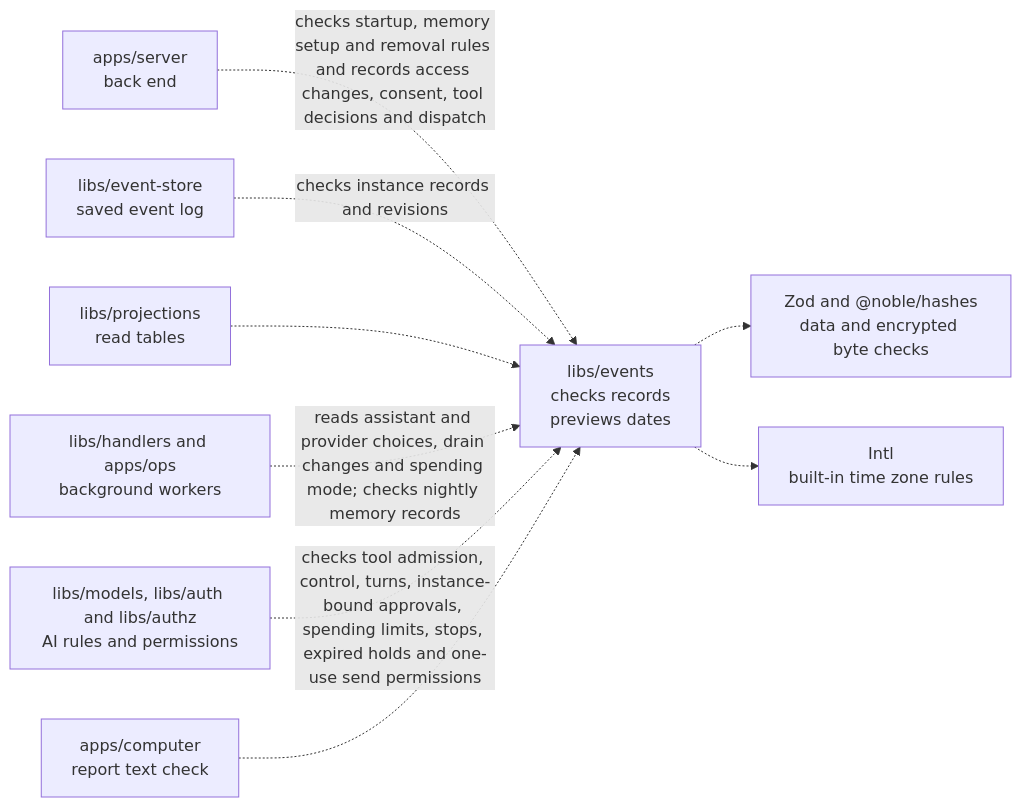
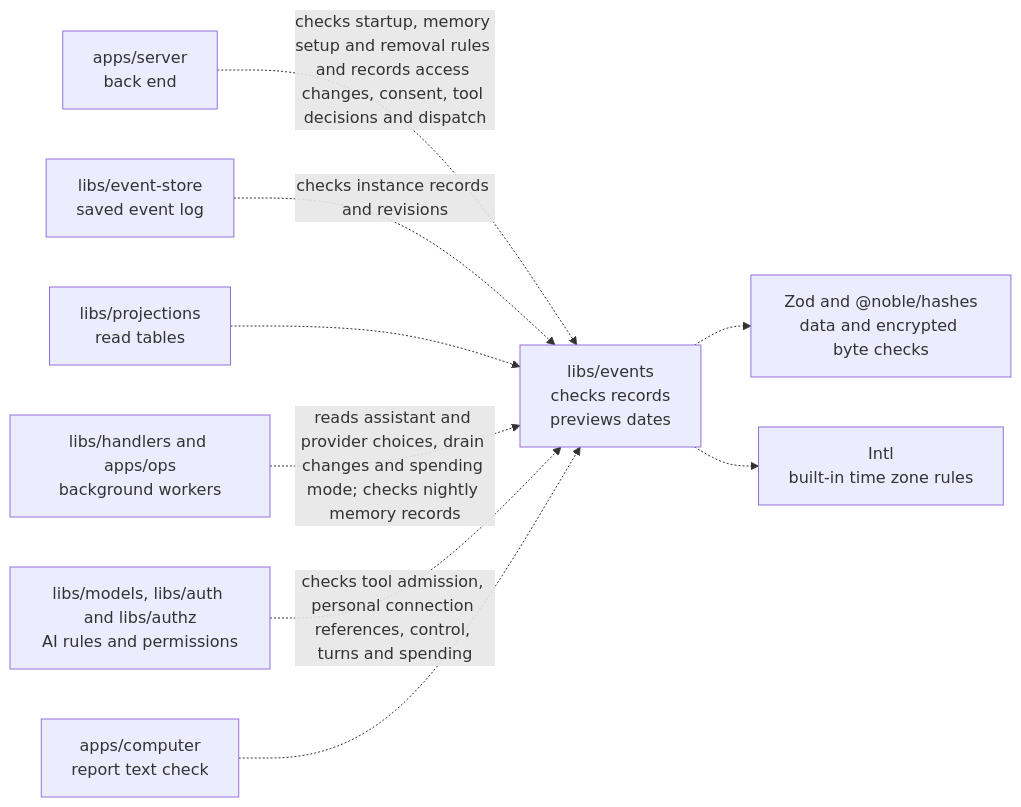
Before and after one commit to elewa-git/opencrane-new: the diagram in libs/events/README.md, drawn with Mermaid. The commit also changed other lines of this file and 12 other files, not shown here.

Commit message:
🔐 Save and rotate personal bearer profile references

````diff
--- a/libs/events/README.md
+++ b/libs/events/README.md
@@ -25,11 +25,11 @@
 ```mermaid
 flowchart LR
   server["apps/server<br/>back end"] -.->|checks startup, memory setup and removal rules and records access changes, consent, tool decisions and dispatch| events["libs/events<br/>checks records<br/>previews dates"]
   store["libs/event-store<br/>saved event log"] -.->|checks instance records and revisions| events
   projections["libs/projections<br/>read tables"] -.-> events
   workers["libs/handlers and apps/ops<br/>background workers"] -.->|reads assistant and provider choices, drain changes and spending mode; checks nightly memory records| events["libs/events<br/>checks records<br/>previews dates"]
-  others["libs/models, libs/auth and libs/authz<br/>AI rules and permissions"] -.->|checks tool admission, control, turns, instance-bound approvals, spending limits, stops, expired holds and one-use send permissions| events
+  others["libs/models, libs/auth and libs/authz<br/>AI rules and permissions"] -.->|checks tool admission, personal connection references, control, turns and spending| events
   computer["apps/computer<br/>report text check"] -.-> events
   events -.-> checks["Zod and @noble/hashes<br/>data and encrypted byte checks"]
   events -.-> zones["Intl<br/>built-in time zone rules"]
 ```
````
